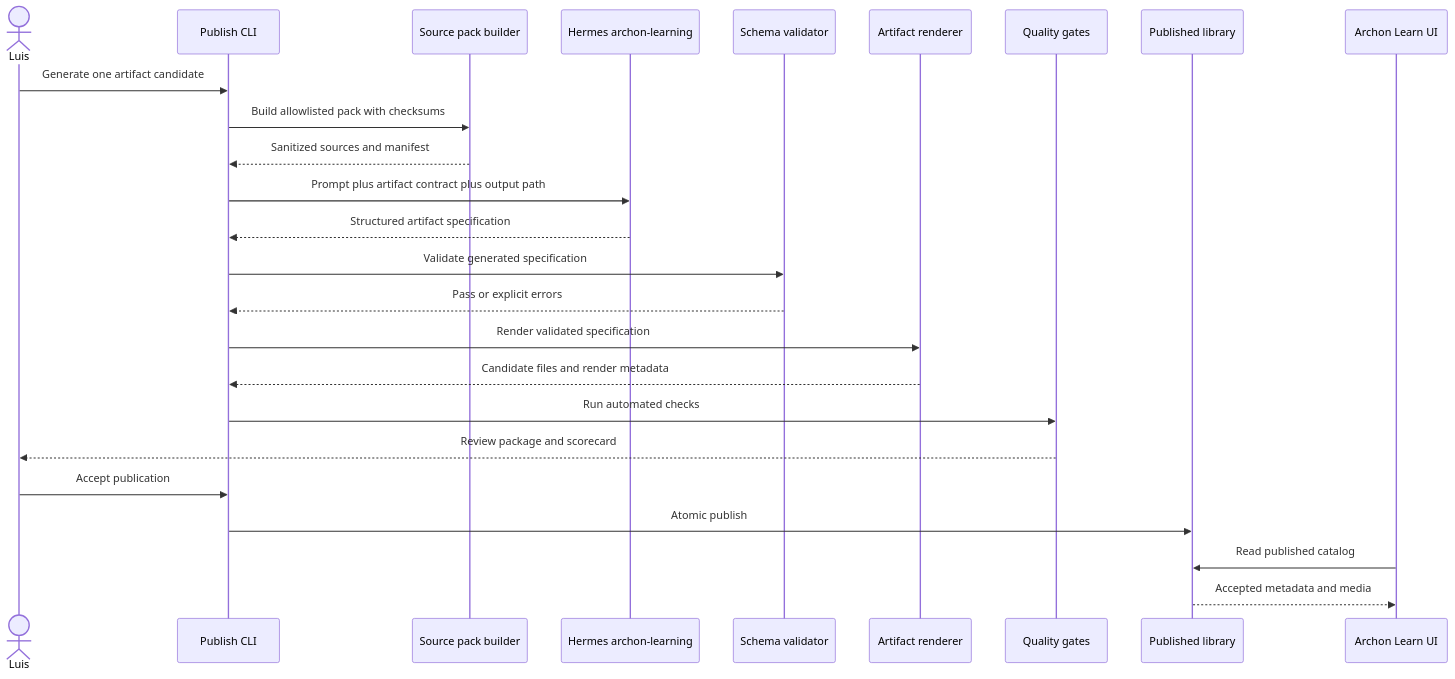
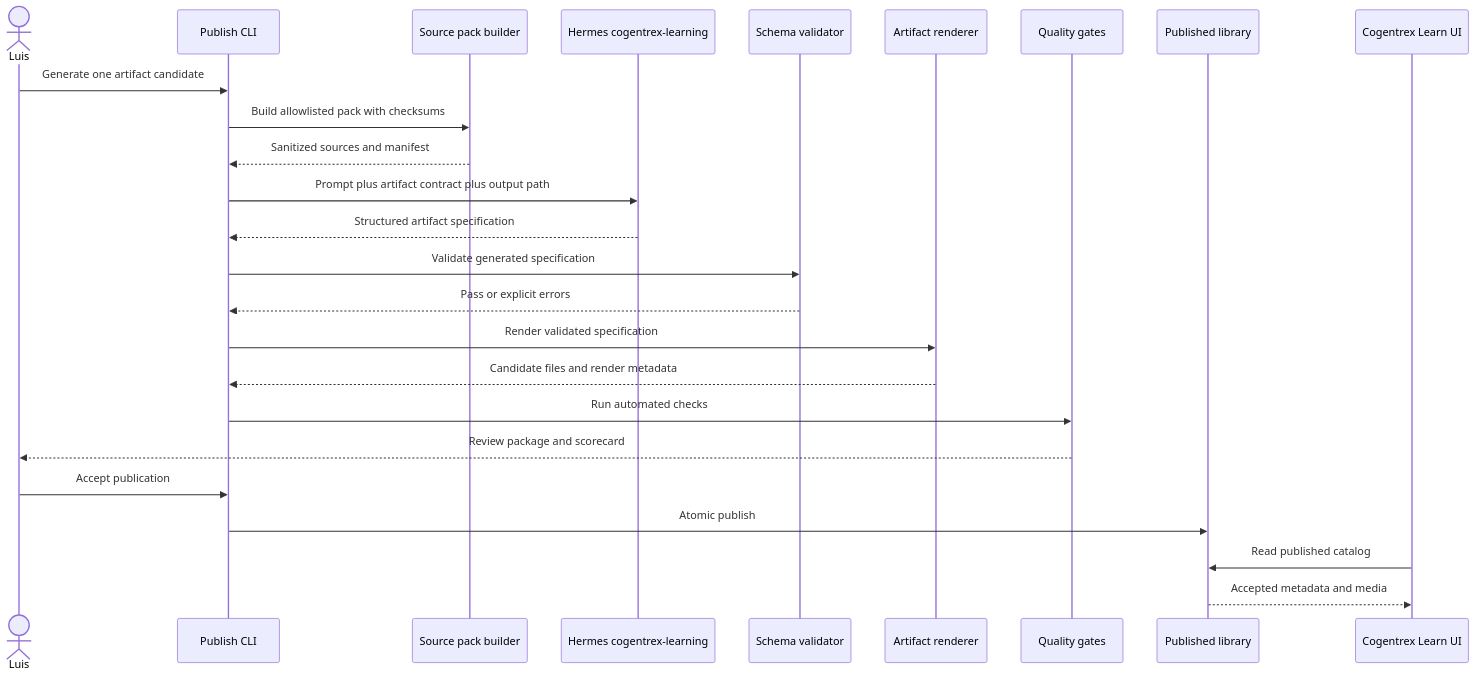
The fifth of 14 diagrams in .hermes/plans/2026-09-04_140930-hermes-native-visual-learning-studio.md (levalencia/archon), drawn with Mermaid before and after one commit. The commit also changed other lines of this file and 414 other files, not shown here.

First line of the commit message:
feat: rebrand Archon as Cogentrex

````diff
--- a/.hermes/plans/2026-09-04_140930-hermes-native-visual-learning-studio.md
+++ b/.hermes/plans/2026-09-04_140930-hermes-native-visual-learning-studio.md
@@ -352,28 +352,28 @@
 ```mermaid
 sequenceDiagram
     actor Luis
     participant CLI as Publish CLI
     participant Pack as Source pack builder
-    participant Hermes as Hermes archon-learning
+    participant Hermes as Hermes cogentrex-learning
     participant Schema as Schema validator
     participant Render as Artifact renderer
     participant QA as Quality gates
     participant Library as Published library
-    participant Archon as Archon Learn UI
+    participant Cogentrex as Cogentrex Learn UI
 
     Luis->>CLI: Generate one artifact candidate
     CLI->>Pack: Build allowlisted pack with checksums
     Pack-->>CLI: Sanitized sources and manifest
     CLI->>Hermes: Prompt plus artifact contract plus output path
     Hermes-->>CLI: Structured artifact specification
     CLI->>Schema: Validate generated specification
     Schema-->>CLI: Pass or explicit errors
     CLI->>Render: Render validated specification
     Render-->>CLI: Candidate files and render metadata
     CLI->>QA: Run automated checks
     QA-->>Luis: Review package and scorecard
     Luis->>CLI: Accept publication
     CLI->>Library: Atomic publish
-    Archon->>Library: Read published catalog
-    Library-->>Archon: Accepted metadata and media
+    Cogentrex->>Library: Read published catalog
+    Library-->>Cogentrex: Accepted metadata and media
 ```
````
